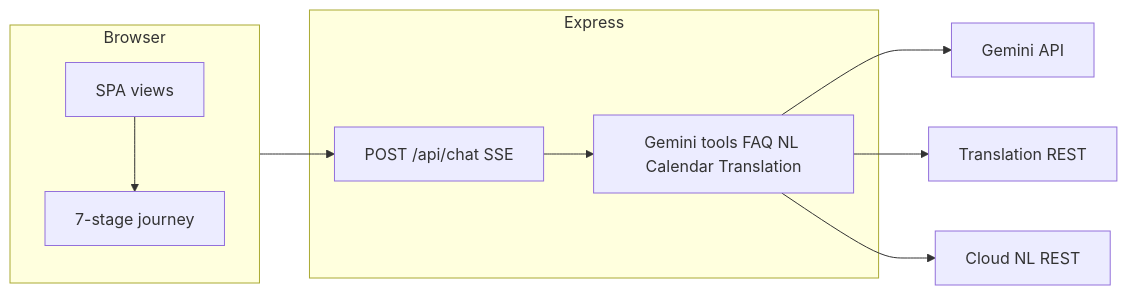
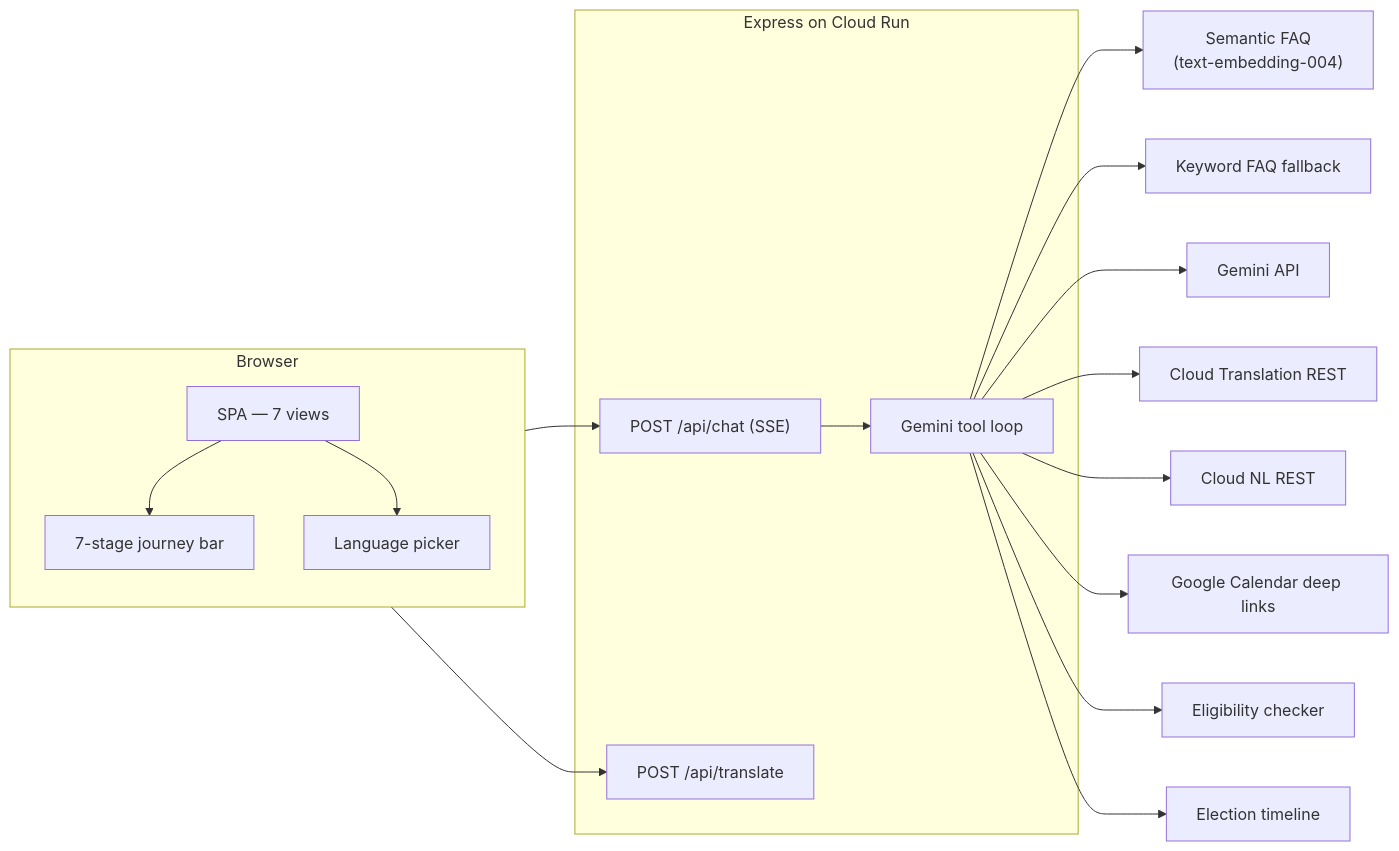
One commit to arvishaws211/Civitra changed the diagram in README.md. Above: the diagram before and after it, drawn with Mermaid. The commit also changed other lines of this file, not shown here.

````diff
--- a/README.md
+++ b/README.md
@@ -16,17 +35,26 @@
 ```mermaid
 flowchart LR
   subgraph client [Browser]
-    UI[SPA views]
-    Journey[7-stage journey]
+    UI[SPA — 7 views]
+    Journey[7-stage journey bar]
+    I18n[Language picker]
     UI --> Journey
+    UI --> I18n
   end
-  subgraph server [Express]
-    Chat[POST /api/chat SSE]
-    Tools[Gemini tools FAQ NL Calendar Translation]
+  subgraph server [Express on Cloud Run]
+    Chat["POST /api/chat (SSE)"]
+    Translate["POST /api/translate"]
+    Tools[Gemini tool loop]
     Chat --> Tools
   end
   client --> Chat
+  client --> Translate
+  Tools --> SemanticFAQ["Semantic FAQ\n(text-embedding-004)"]
+  Tools --> KeywordFAQ[Keyword FAQ fallback]
   Tools --> Gemini[Gemini API]
-  Tools --> Trans[Translation REST]
+  Tools --> Trans[Cloud Translation REST]
   Tools --> NL[Cloud NL REST]
+  Tools --> Calendar[Google Calendar deep links]
+  Tools --> Eligibility[Eligibility checker]
+  Tools --> Timeline[Election timeline]
 ```
````
